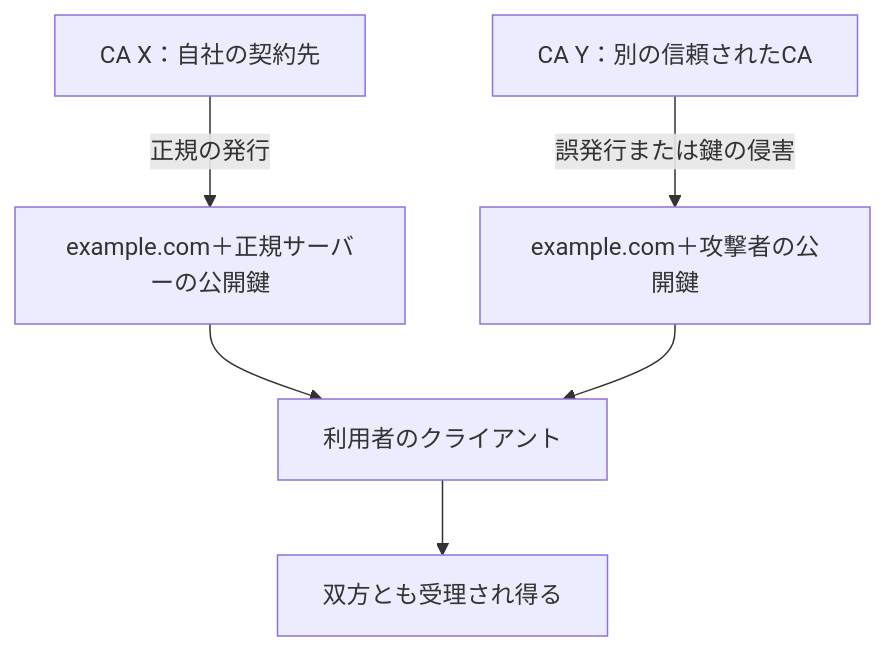
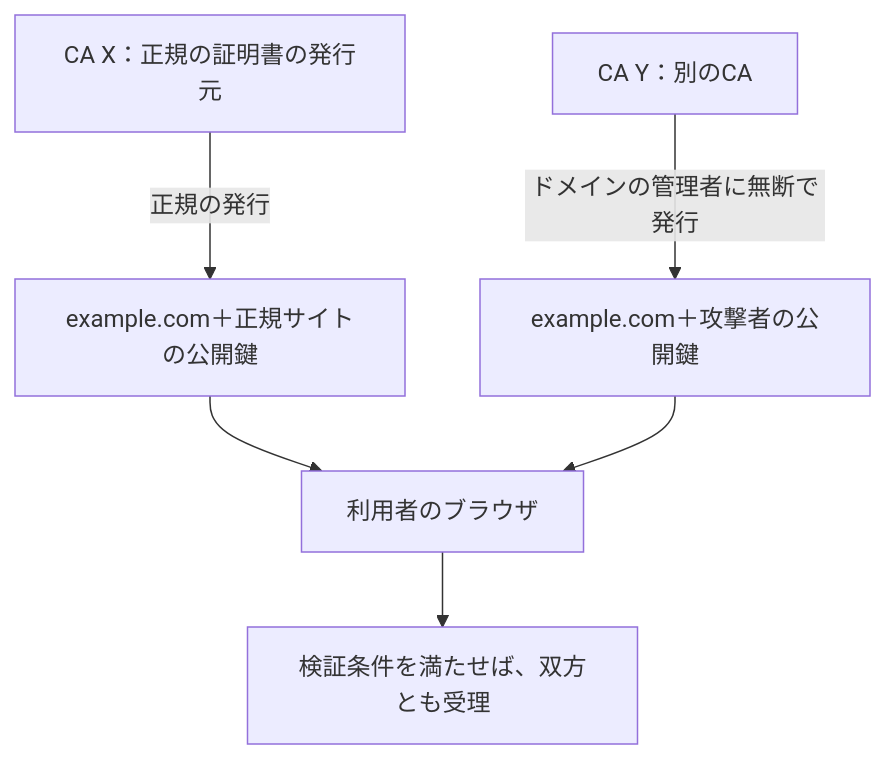
Before and after one commit to aurora1530/learning-materials: the third of 9 diagrams in docs/security/20261113-tls-pki-emudhra.md, drawn with Mermaid. The commit also changed other lines of this file, not shown here.

````diff
--- a/docs/security/20261113-tls-pki-emudhra.md
+++ b/docs/security/20261113-tls-pki-emudhra.md
@@ -65,8 +108,8 @@
 ```mermaid
 flowchart TD
-    A["CA X：自社の契約先"] -->|正規の発行| C["example.com＋正規サーバーの公開鍵"]
-    B["CA Y：別の信頼されたCA"] -->|誤発行または鍵の侵害| D["example.com＋攻撃者の公開鍵"]
-    C --> E["利用者のクライアント"]
+    A["CA X：正規の証明書の発行元"] -->|正規の発行| C["example.com＋正規サイトの公開鍵"]
+    B["CA Y：別のCA"] -->|ドメインの管理者に無断で発行| D["example.com＋攻撃者の公開鍵"]
+    C --> E["利用者のブラウザ"]
     D --> E
-    E --> F["双方とも受理され得る"]
+    E --> F["検証条件を満たせば、双方とも受理"]
 ```
````
